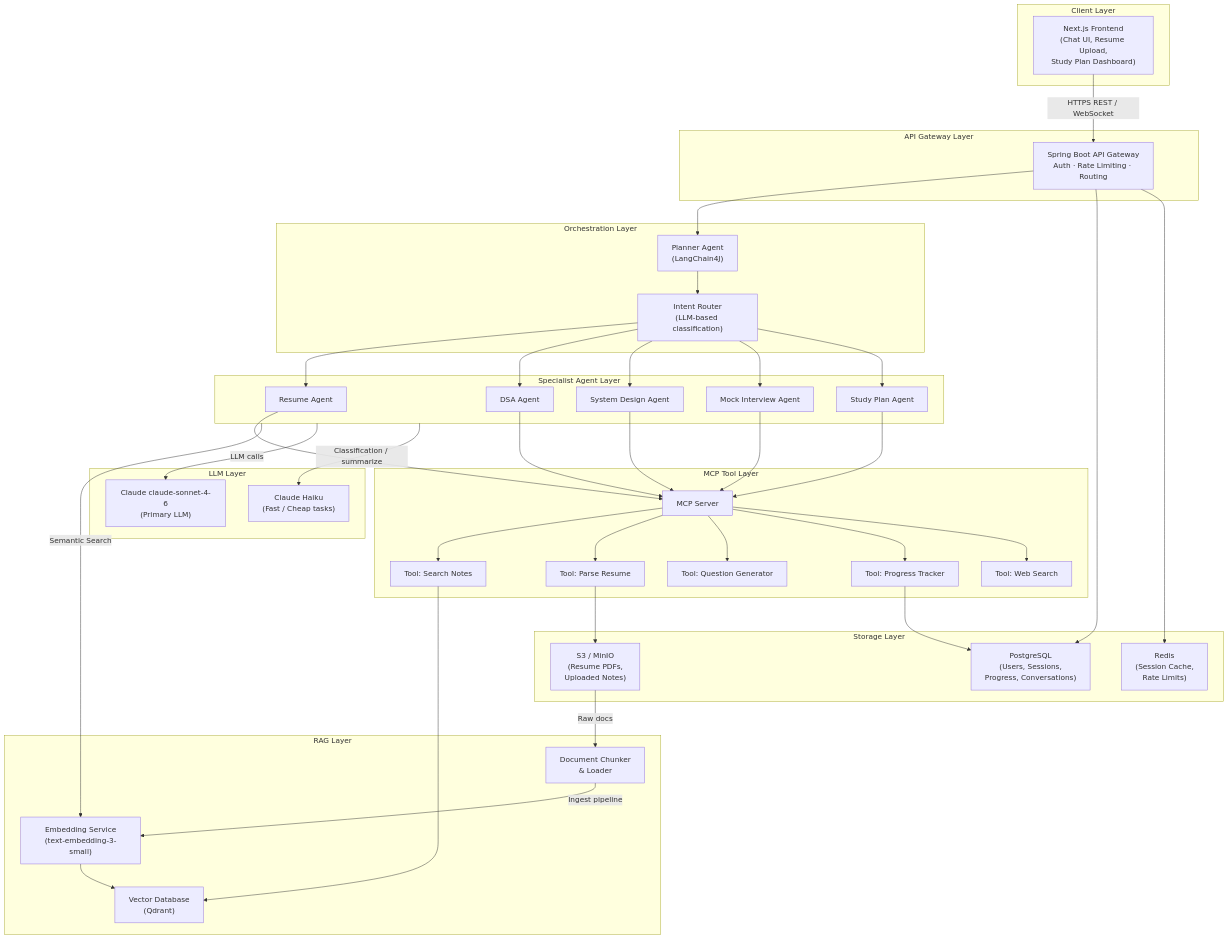
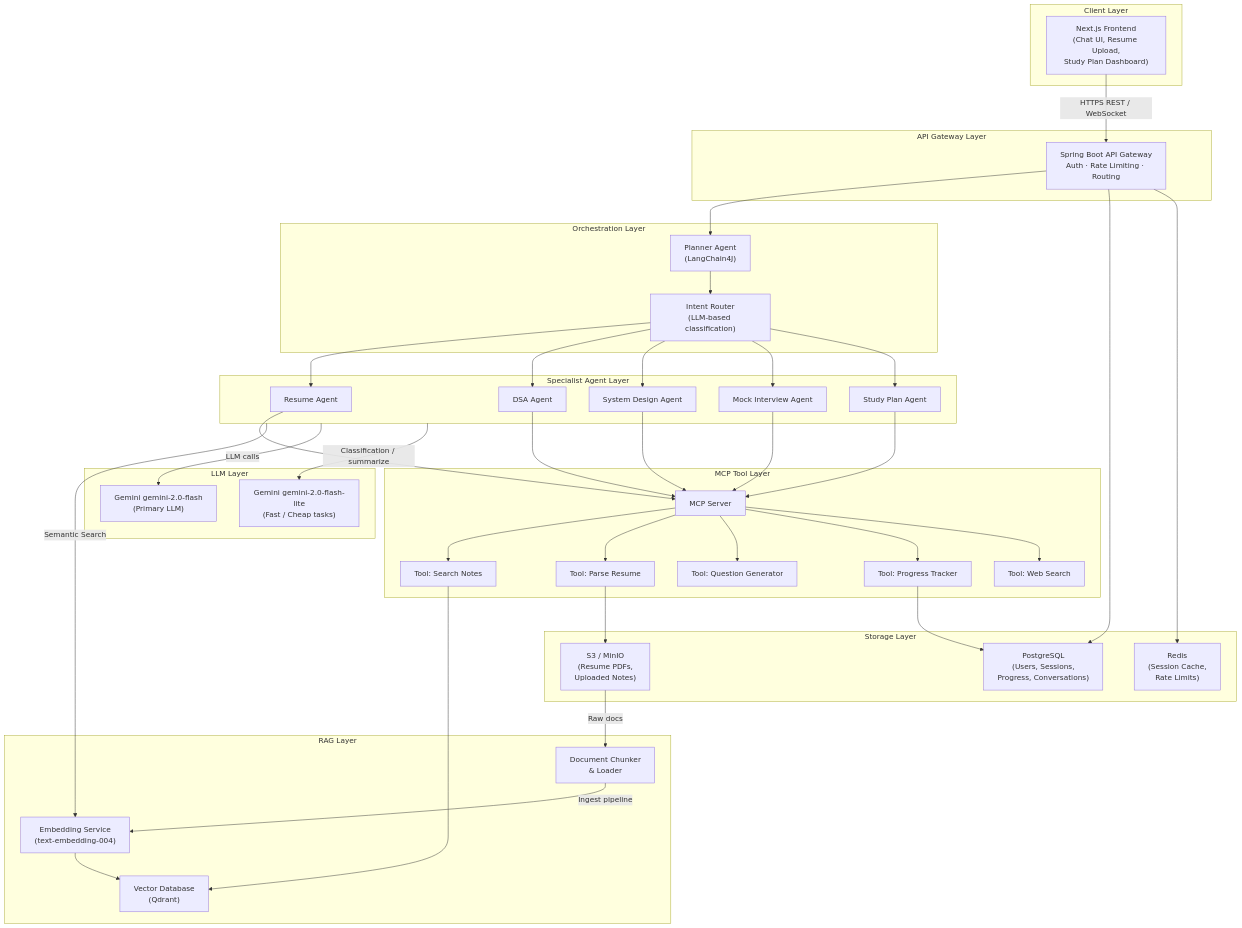
Before and after one commit to aryan19jaiswal/marxAI: the first of 4 diagrams in design/HIGH_LEVEL_ARCHITECTURE.md, drawn with Mermaid. The commit also changed other lines of this file and 12 other files, not shown here.

```diff
--- a/design/HIGH_LEVEL_ARCHITECTURE.md
+++ b/design/HIGH_LEVEL_ARCHITECTURE.md
@@ -32,7 +32,7 @@
     end
 
     subgraph RAG["RAG Layer"]
-        EMB["Embedding Service<br/>(text-embedding-3-small)"]
+        EMB["Embedding Service<br/>(text-embedding-004)"]
         VDB["Vector Database<br/>(Qdrant)"]
         CHUNK["Document Chunker<br/>& Loader"]
     end
@@ -44,8 +44,8 @@
     end
 
     subgraph LLM_LAYER["LLM Layer"]
-        CLAUDE["Claude claude-sonnet-4-6<br/>(Primary LLM)"]
-        FALLBACK["Claude Haiku<br/>(Fast / Cheap tasks)"]
+        CLAUDE["Gemini gemini-2.0-flash<br/>(Primary LLM)"]
+        FALLBACK["Gemini gemini-2.0-flash-lite<br/>(Fast / Cheap tasks)"]
     end
 
     subgraph MCP["MCP Tool Layer"]
```
